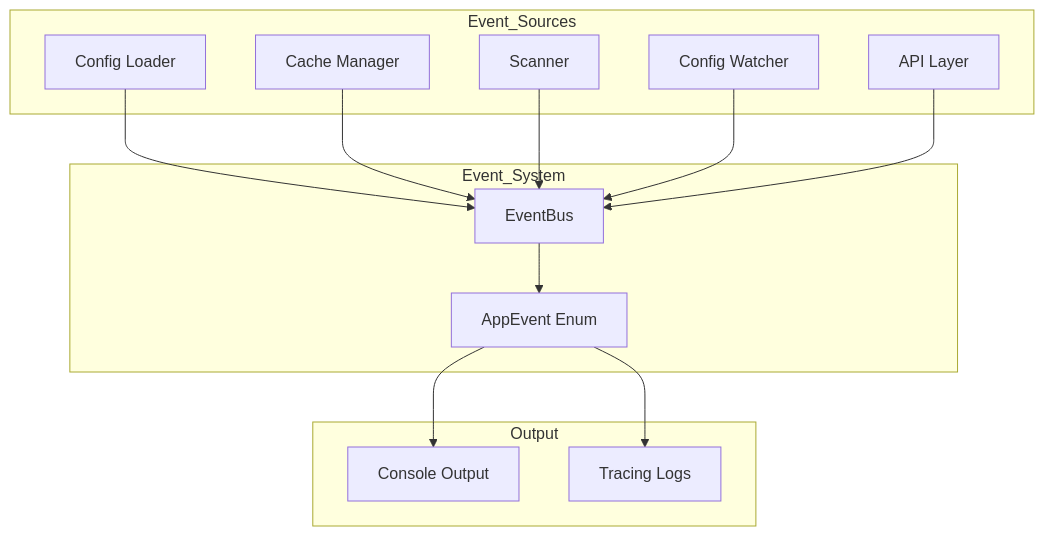
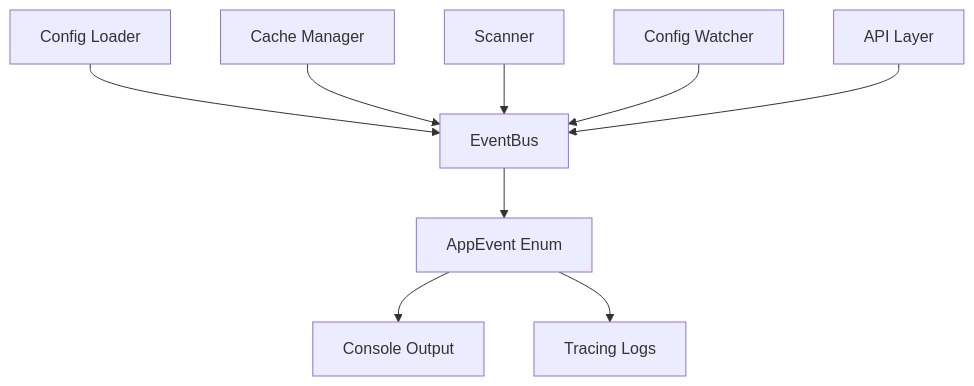
Before and after one commit to Lighty-Launcher/LightyUpdater: the first of 2 diagrams in crates/events/docs/architecture.md, drawn with Mermaid. The commit also changed 33 other files, not shown here.

Commit message:
improve docs with mermaid implémentation for gitbook

````diff
--- a/crates/events/docs/architecture.md
+++ b/crates/events/docs/architecture.md
@@ -5,30 +5,22 @@
 ```mermaid
-graph TB
-    subgraph Event_System
-        EventBus[EventBus]
-        AppEvent[AppEvent Enum]
-    end
-
-    subgraph Event_Sources
-        Config[Config Loader]
-        Cache[Cache Manager]
-        Scanner[Scanner]
-        Watcher[Config Watcher]
-        API[API Layer]
-    end
-
-    subgraph Output
-        Console[Console Output]
-        Logs[Tracing Logs]
-    end
+flowchart TB
+    EventBus[EventBus]
+    AppEvent[AppEvent Enum]
+    Config[Config Loader]
+    Cache[Cache Manager]
+    Scanner[Scanner]
+    Watcher[Config Watcher]
+    API[API Layer]
+    Console[Console Output]
+    Logs[Tracing Logs]
 
     Config --> EventBus
     Cache --> EventBus
     Scanner --> EventBus
     Watcher --> EventBus
     API --> EventBus
 
     EventBus --> AppEvent
     AppEvent --> Console
     AppEvent --> Logs
 ```
````
